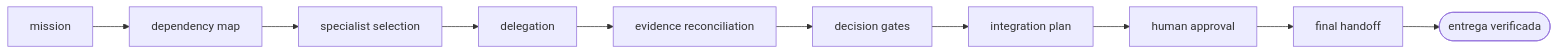
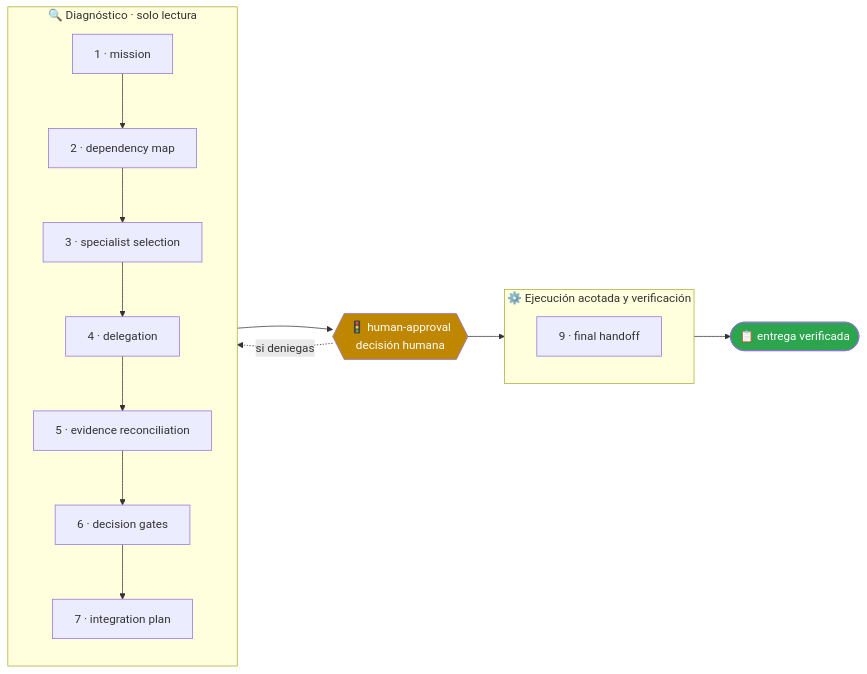
One commit to vladimiracunadev-create/operational-ai-agents changed the second of 2 diagrams in agents/repository-maintenance-coordinator/README.md. Above: the diagram before and after it, drawn with Mermaid. The commit also changed other lines of this file and 60 other files, not shown here.

````diff
--- a/agents/repository-maintenance-coordinator/README.md
+++ b/agents/repository-maintenance-coordinator/README.md
@@ -72,21 +124,28 @@
 ```mermaid
 flowchart LR
-    p1["mission"]
-    p2["dependency map"]
-    p3["specialist selection"]
-    p4["delegation"]
-    p5["evidence reconciliation"]
-    p6["decision gates"]
-    p7["integration plan"]
-    p8["human approval"]
-    p9["final handoff"]
-    p1 --> p2
-    p2 --> p3
-    p3 --> p4
-    p4 --> p5
-    p5 --> p6
-    p6 --> p7
-    p7 --> p8
-    p8 --> p9
-    p9 --> done(["entrega verificada"])
+    subgraph A["🔍 Diagnóstico · solo lectura"]
+        direction TB
+        p1["1 · mission"]
+        p2["2 · dependency map"]
+        p3["3 · specialist selection"]
+        p4["4 · delegation"]
+        p5["5 · evidence reconciliation"]
+        p6["6 · decision gates"]
+        p7["7 · integration plan"]
+        p1 --> p2
+        p2 --> p3
+        p3 --> p4
+        p4 --> p5
+        p5 --> p6
+        p6 --> p7
+    end
+    G{{"🚦 human-approval<br/>decisión humana"}}
+    subgraph B["⚙️ Ejecución acotada y verificación"]
+        direction TB
+        p9["9 · final handoff"]
+    end
+    A --> G --> B --> FIN(["📋 entrega verificada"])
+    G -.->|"si deniegas"| A
+    style G fill:#bf8700,color:#fff
+    style FIN fill:#2da44e,color:#fff
 ```
````
